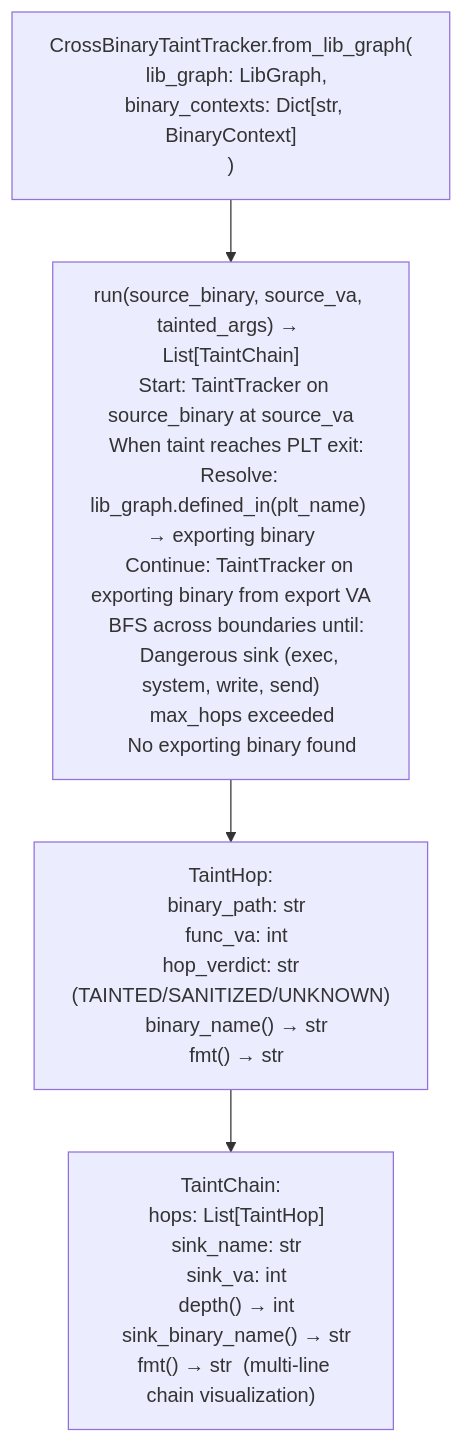
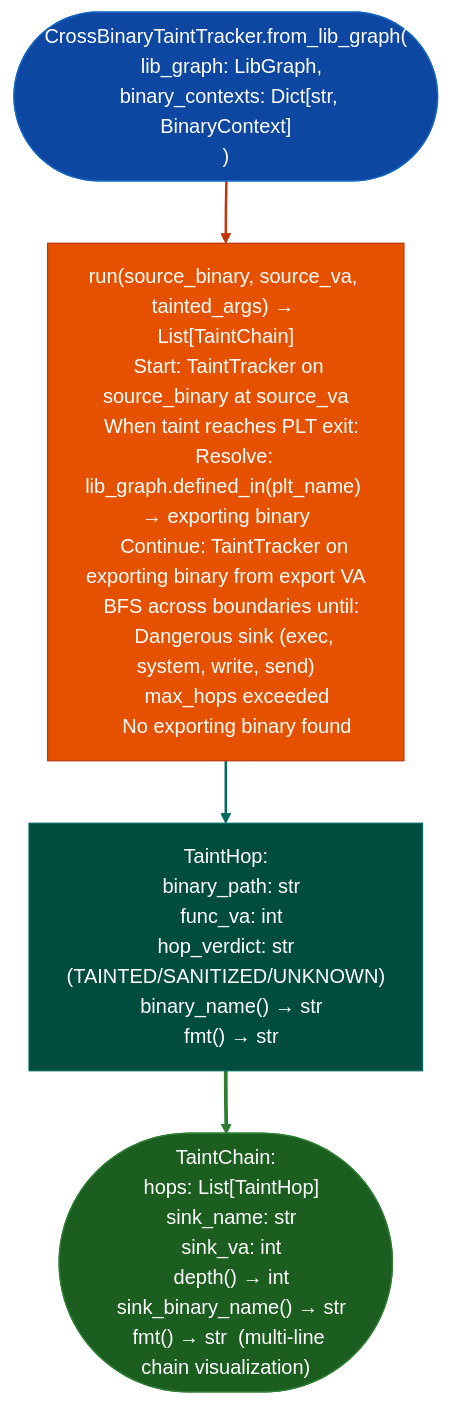
The diagram in docs/reference-modules/configurable-taint-reporting.md (Ablation-Tool/ablation), drawn with Mermaid before and after one commit. The commit also changed 320 other files, not shown here.

First line of the commit message:
docs: apply canonical Mermaid template to all 321 diagrams

````diff
--- a/docs/reference-modules/configurable-taint-reporting.md
+++ b/docs/reference-modules/configurable-taint-reporting.md
@@ -19,6 +19,15 @@
 ```mermaid
 flowchart TD
-    A["CrossBinaryTaintTracker.from_lib_graph(\n  lib_graph: LibGraph,\n  binary_contexts: Dict[str, BinaryContext]\n)"] --> B["run(source_binary, source_va, tainted_args) → List[TaintChain]\n  Start: TaintTracker on source_binary at source_va\n  When taint reaches PLT exit:\n    Resolve: lib_graph.defined_in(plt_name) → exporting binary\n    Continue: TaintTracker on exporting binary from export VA\n  BFS across boundaries until:\n    Dangerous sink (exec, system, write, send)\n    max_hops exceeded\n    No exporting binary found"]
-    B --> C["TaintHop:\n  binary_path: str\n  func_va: int\n  hop_verdict: str  (TAINTED/SANITIZED/UNKNOWN)\n  binary_name() → str\n  fmt() → str"]
-    C --> D["TaintChain:\n  hops: List[TaintHop]\n  sink_name: str\n  sink_va: int\n  depth() → int\n  sink_binary_name() → str\n  fmt() → str  (multi-line chain visualization)"]
+    A(["CrossBinaryTaintTracker.from_lib_graph(\n  lib_graph: LibGraph,\n  binary_contexts: Dict[str, BinaryContext]\n)"]):::input --> B["run(source_binary, source_va, tainted_args) → List[TaintChain]\n  Start: TaintTracker on source_binary at source_va\n  When taint reaches PLT exit:\n    Resolve: lib_graph.defined_in(plt_name) → exporting binary\n    Continue: TaintTracker on exporting binary from export VA\n  BFS across boundaries until:\n    Dangerous sink (exec, system, write, send)\n    max_hops exceeded\n    No exporting binary found"]:::primary
+    B:::primary --> C["TaintHop:\n  binary_path: str\n  func_va: int\n  hop_verdict: str  (TAINTED/SANITIZED/UNKNOWN)\n  binary_name() → str\n  fmt() → str"]:::secondary
+    C:::secondary --> D(["TaintChain:\n  hops: List[TaintHop]\n  sink_name: str\n  sink_va: int\n  depth() → int\n  sink_binary_name() → str\n  fmt() → str  (multi-line chain visualization)"]):::output
+    classDef input     fill:#0d47a1,stroke:#1565c0,color:#fff
+    classDef primary   fill:#e65100,stroke:#bf360c,color:#fff
+    classDef secondary fill:#004d40,stroke:#00695c,color:#fff
+    classDef tertiary  fill:#4a148c,stroke:#6a1b9a,color:#fff
+    classDef neutral   fill:#37474f,stroke:#546e7a,color:#fff
+    classDef output    fill:#1b5e20,stroke:#2e7d32,color:#fff
+    linkStyle 0 stroke:#bf360c,stroke-width:2px
+    linkStyle 1 stroke:#00695c,stroke-width:2px
+    linkStyle 2 stroke:#2e7d32,stroke-width:3px
 ```
````
